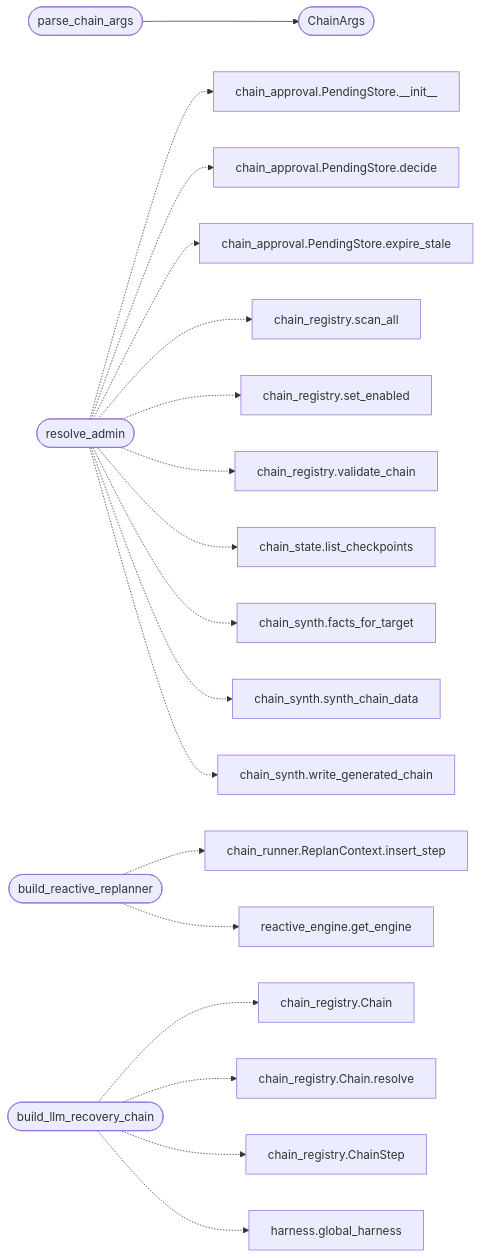
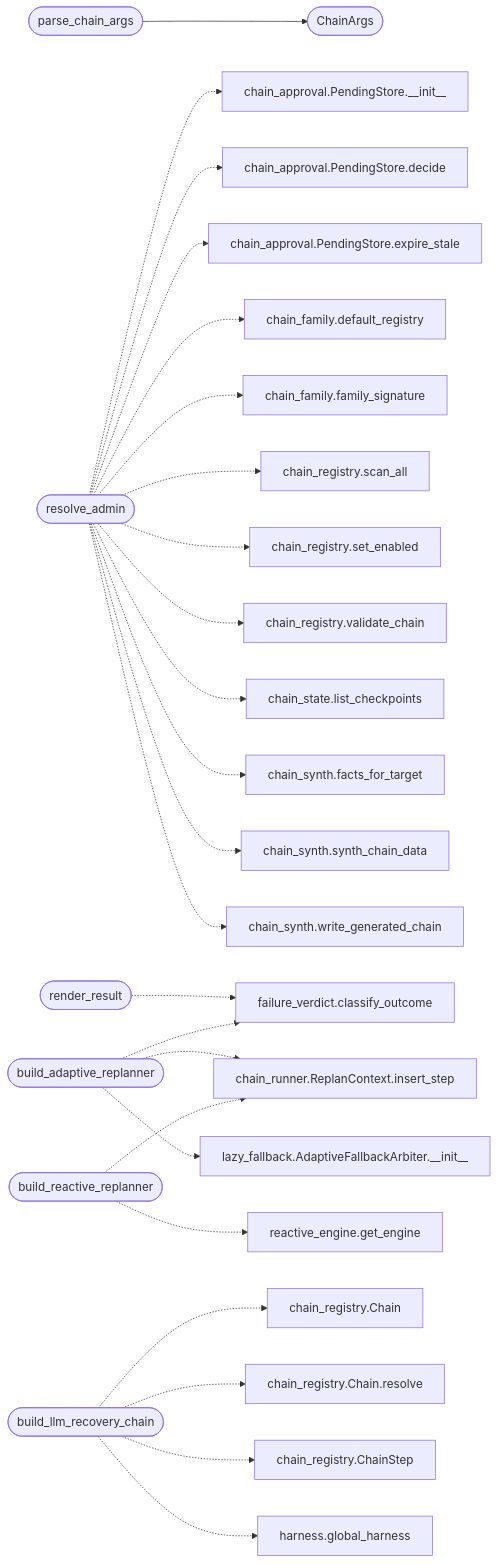
Before and after one commit to grisuno/LazyOwn: the diagram in readmenator-apidocs/modules/cli.apt_chain_support.py.md, drawn with Mermaid. The commit also changed other lines of this file and 464 other files, not shown here.

````diff
--- a/readmenator-apidocs/modules/cli.apt_chain_support.py.md
+++ b/readmenator-apidocs/modules/cli.apt_chain_support.py.md
@@ -21,41 +21,53 @@
 ```mermaid
 flowchart LR
     n_cli_apt_chain_support_py__parse_chain_args(["parse_chain_args"])
     n_cli_apt_chain_support_py__ChainArgs(["ChainArgs"])
     n_cli_apt_chain_support_py__resolve_admin(["resolve_admin"])
     n_modules_chain_approval_py__PendingStore___init__["chain_approval.PendingStore.__init__"]
     n_modules_chain_approval_py__PendingStore_decide["chain_approval.PendingStore.decide"]
     n_modules_chain_approval_py__PendingStore_expire_stale["chain_approval.PendingStore.expire_stale"]
+    n_modules_chain_family_py__default_registry["chain_family.default_registry"]
+    n_modules_chain_family_py__family_signature["chain_family.family_signature"]
     n_modules_chain_registry_py__scan_all["chain_registry.scan_all"]
     n_modules_chain_registry_py__set_enabled["chain_registry.set_enabled"]
     n_modules_chain_registry_py__validate_chain["chain_registry.validate_chain"]
     n_modules_chain_state_py__list_checkpoints["chain_state.list_checkpoints"]
     n_modules_chain_synth_py__facts_for_target["chain_synth.facts_for_target"]
     n_modules_chain_synth_py__synth_chain_data["chain_synth.synth_chain_data"]
     n_modules_chain_synth_py__write_generated_chain["chain_synth.write_generated_chain"]
+    n_cli_apt_chain_support_py__render_result(["render_result"])
+    n_modules_failure_verdict_py__classify_outcome["failure_verdict.classify_outcome"]
+    n_cli_apt_chain_support_py__build_adaptive_replanner(["build_adaptive_replanner"])
+    n_modules_chain_runner_py__ReplanContext_insert_step["chain_runner.ReplanContext.insert_step"]
+    n_modules_lazy_fallback_py__AdaptiveFallbackArbiter___init__["lazy_fallback.AdaptiveFallbackArbiter.__init__"]
     n_cli_apt_chain_support_py__build_reactive_replanner(["build_reactive_replanner"])
-    n_modules_chain_runner_py__ReplanContext_insert_step["chain_runner.ReplanContext.insert_step"]
     n_modules_reactive_engine_py__get_engine["reactive_engine.get_engine"]
     n_cli_apt_chain_support_py__build_llm_recovery_chain(["build_llm_recovery_chain"])
     n_modules_chain_registry_py__Chain["chain_registry.Chain"]
     n_modules_chain_registry_py__Chain_resolve["chain_registry.Chain.resolve"]
     n_modules_chain_registry_py__ChainStep["chain_registry.ChainStep"]
     n_modules_guardrails_harness_py__global_harness["harness.global_harness"]
     n_cli_apt_chain_support_py__parse_chain_args --> n_cli_apt_chain_support_py__ChainArgs
     n_cli_apt_chain_support_py__resolve_admin -.-> n_modules_chain_approval_py__PendingStore___init__
     n_cli_apt_chain_support_py__resolve_admin -.-> n_modules_chain_approval_py__PendingStore_decide
     n_cli_apt_chain_support_py__resolve_admin -.-> n_modules_chain_approval_py__PendingStore_expire_stale
+    n_cli_apt_chain_support_py__resolve_admin -.-> n_modules_chain_family_py__default_registry
+    n_cli_apt_chain_support_py__resolve_admin -.-> n_modules_chain_family_py__family_signature
     n_cli_apt_chain_support_py__resolve_admin -.-> n_modules_chain_registry_py__scan_all
     n_cli_apt_chain_support_py__resolve_admin -.-> n_modules_chain_registry_py__set_enabled
     n_cli_apt_chain_support_py__resolve_admin -.-> n_modules_chain_registry_py__validate_chain
     n_cli_apt_chain_support_py__resolve_admin -.-> n_modules_chain_state_py__list_checkpoints
     n_cli_apt_chain_support_py__resolve_admin -.-> n_modules_chain_synth_py__facts_for_target
     n_cli_apt_chain_support_py__resolve_admin -.-> n_modules_chain_synth_py__synth_chain_data
     n_cli_apt_chain_support_py__resolve_admin -.-> n_modules_chain_synth_py__write_generated_chain
+    n_cli_apt_chain_support_py__render_result -.-> n_modules_failure_verdict_py__classify_outcome
+    n_cli_apt_chain_support_py__build_adaptive_replanner -.-> n_modules_chain_runner_py__ReplanContext_insert_step
+    n_cli_apt_chain_support_py__build_adaptive_replanner -.-> n_modules_failure_verdict_py__classify_outcome
+    n_cli_apt_chain_support_py__build_adaptive_replanner -.-> n_modules_lazy_fallback_py__AdaptiveFallbackArbiter___init__
     n_cli_apt_chain_support_py__build_reactive_replanner -.-> n_modules_chain_runner_py__ReplanContext_insert_step
     n_cli_apt_chain_support_py__build_reactive_replanner -.-> n_modules_reactive_engine_py__get_engine
     n_cli_apt_chain_support_py__build_llm_recovery_chain -.-> n_modules_chain_registry_py__Chain
     n_cli_apt_chain_support_py__build_llm_recovery_chain -.-> n_modules_chain_registry_py__Chain_resolve
     n_cli_apt_chain_support_py__build_llm_recovery_chain -.-> n_modules_chain_registry_py__ChainStep
     n_cli_apt_chain_support_py__build_llm_recovery_chain -.-> n_modules_guardrails_harness_py__global_harness
 ```
````
